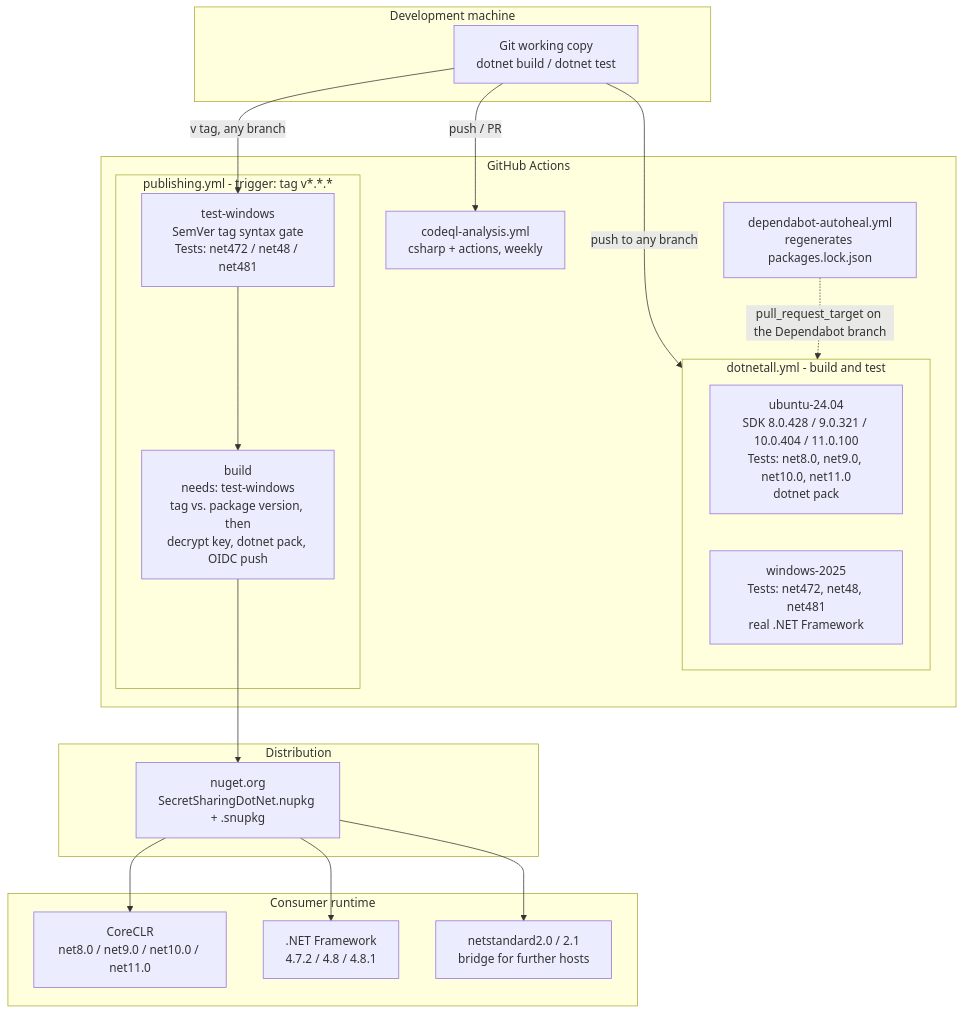
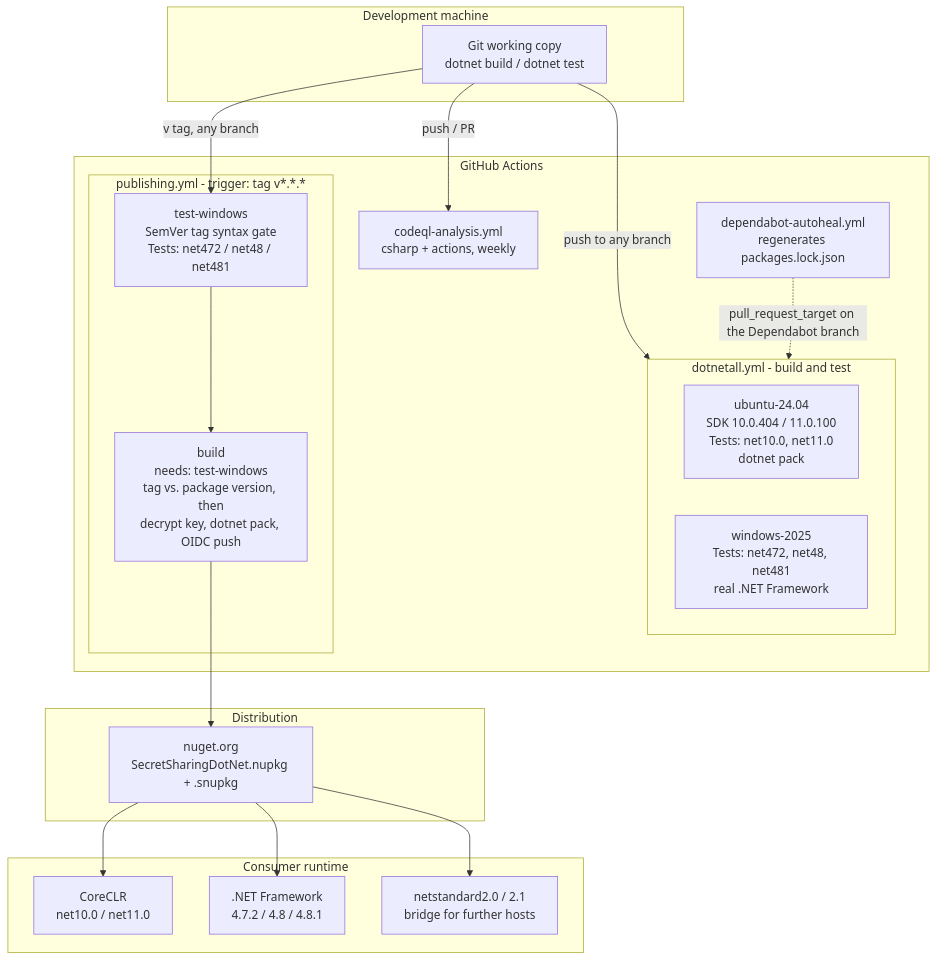
Before and after one commit to shinji-san/SecretSharingDotNet: the tenth of 10 diagrams in docs/architecture/arc42.en.md, drawn with Mermaid. The commit also changed other lines of this file and 4 other files, not shown here.

````diff
--- a/docs/architecture/arc42.en.md
+++ b/docs/architecture/arc42.en.md
@@ -908,39 +913,39 @@
 ```mermaid
 flowchart TD
     subgraph dev["Development machine"]
         repo["Git working copy<br/>dotnet build / dotnet test"]
     end
 
     subgraph gh["GitHub Actions"]
         subgraph ci["dotnetall.yml - build and test"]
-            ubuntu["ubuntu-24.04<br/>SDK 8.0.428 / 9.0.321 / 10.0.404 / 11.0.100<br/>Tests: net8.0, net9.0, net10.0, net11.0<br/>dotnet pack"]
+            ubuntu["ubuntu-24.04<br/>SDK 10.0.404 / 11.0.100<br/>Tests: net10.0, net11.0<br/>dotnet pack"]
             windows["windows-2025<br/>Tests: net472, net48, net481<br/>real .NET Framework"]
         end
         codeql["codeql-analysis.yml<br/>csharp + actions, weekly"]
         autoheal["dependabot-autoheal.yml<br/>regenerates packages.lock.json"]
         subgraph publish["publishing.yml - trigger: tag v*.*.*"]
             pubTest["test-windows<br/>SemVer tag syntax gate<br/>Tests: net472 / net48 / net481"]
             pubBuild["build<br/>needs: test-windows<br/>tag vs. package version, then<br/>decrypt key, dotnet pack, OIDC push"]
         end
     end
 
     subgraph dist["Distribution"]
         nuget["nuget.org<br/>SecretSharingDotNet.nupkg + .snupkg"]
     end
 
     subgraph runtime["Consumer runtime"]
-        netcore["CoreCLR<br/>net8.0 / net9.0 / net10.0 / net11.0"]
+        netcore["CoreCLR<br/>net10.0 / net11.0"]
         netfx[".NET Framework<br/>4.7.2 / 4.8 / 4.8.1"]
         netstd["netstandard2.0 / 2.1<br/>bridge for further hosts"]
     end
 
     repo -->|push to any branch| ci
     repo -->|push / PR| codeql
     repo -->|v tag, any branch| pubTest
     pubTest --> pubBuild
     pubBuild --> nuget
     autoheal -.->|pull_request_target on the Dependabot branch| ci
     nuget --> netcore
     nuget --> netfx
     nuget --> netstd
 ```
````
